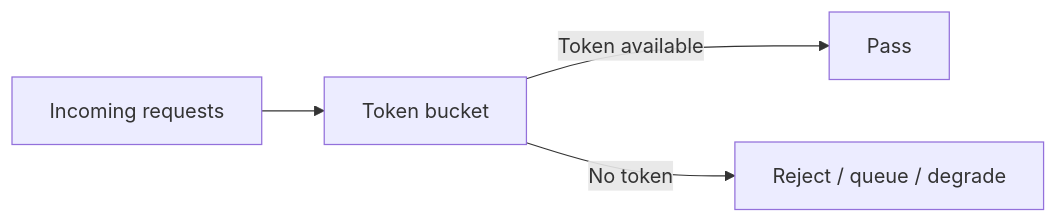
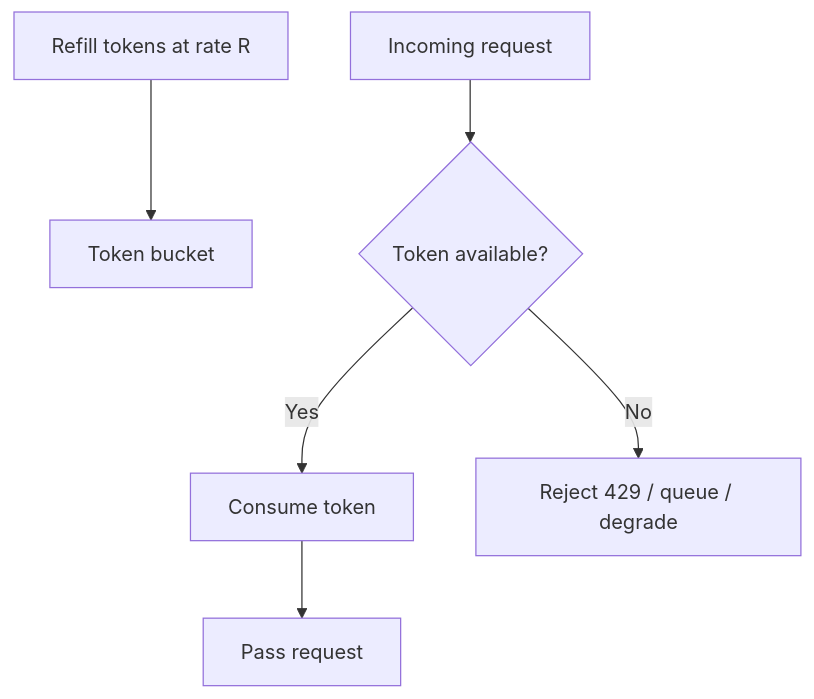
One commit to AmazingCaddy/readings-backend changed the second of 5 diagrams in docs/reliability/rate-limit.md. Above: the diagram before and after it, drawn with Mermaid. The commit also changed other lines of this file, not shown here.

Commit message:
docs: expand rate limiting guide

````diff
--- a/docs/reliability/rate-limit.md
+++ b/docs/reliability/rate-limit.md
@@ -9,6 +57,8 @@
 ```mermaid
-flowchart LR
-    A[Incoming requests] --> B[Token bucket]
-    B -->|Token available| C[Pass]
-    B -->|No token| D[Reject / queue / degrade]
+flowchart TD
+    A[Refill tokens at rate R] --> B[Token bucket]
+    C[Incoming request] --> D{Token available?}
+    D -->|Yes| E[Consume token]
+    E --> F[Pass request]
+    D -->|No| G[Reject 429 / queue / degrade]
 ```
````
